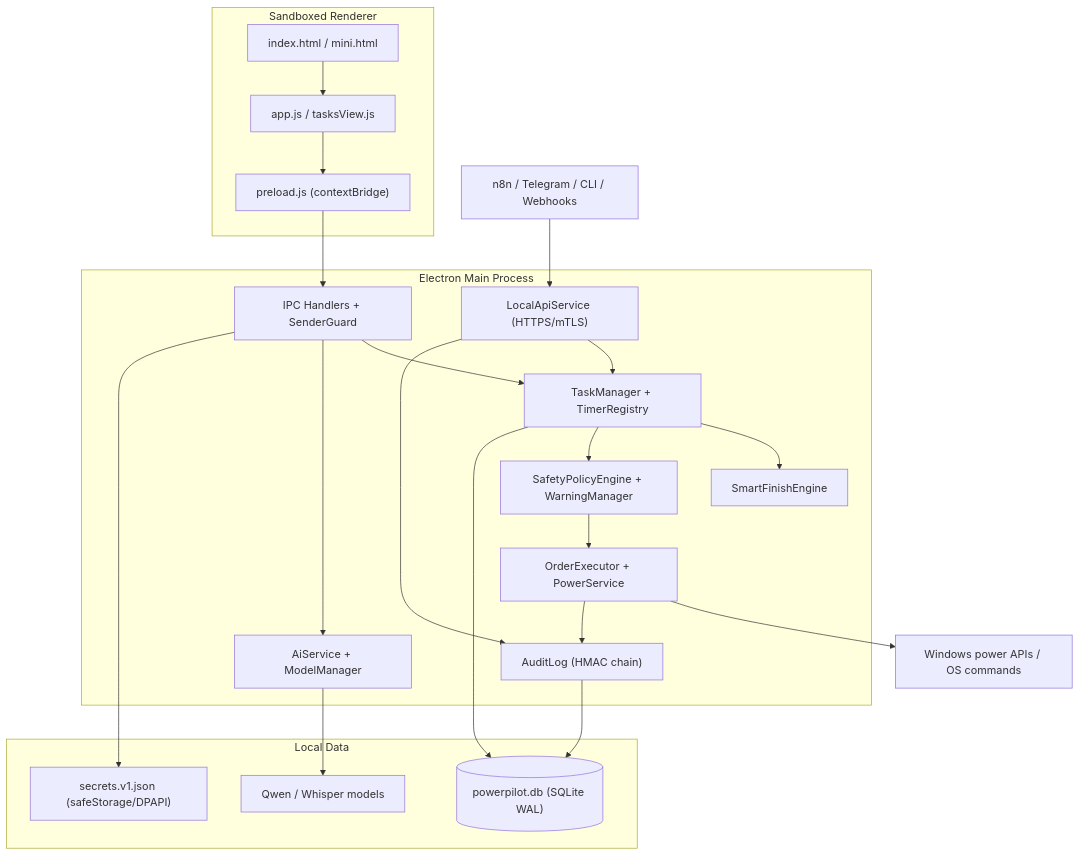
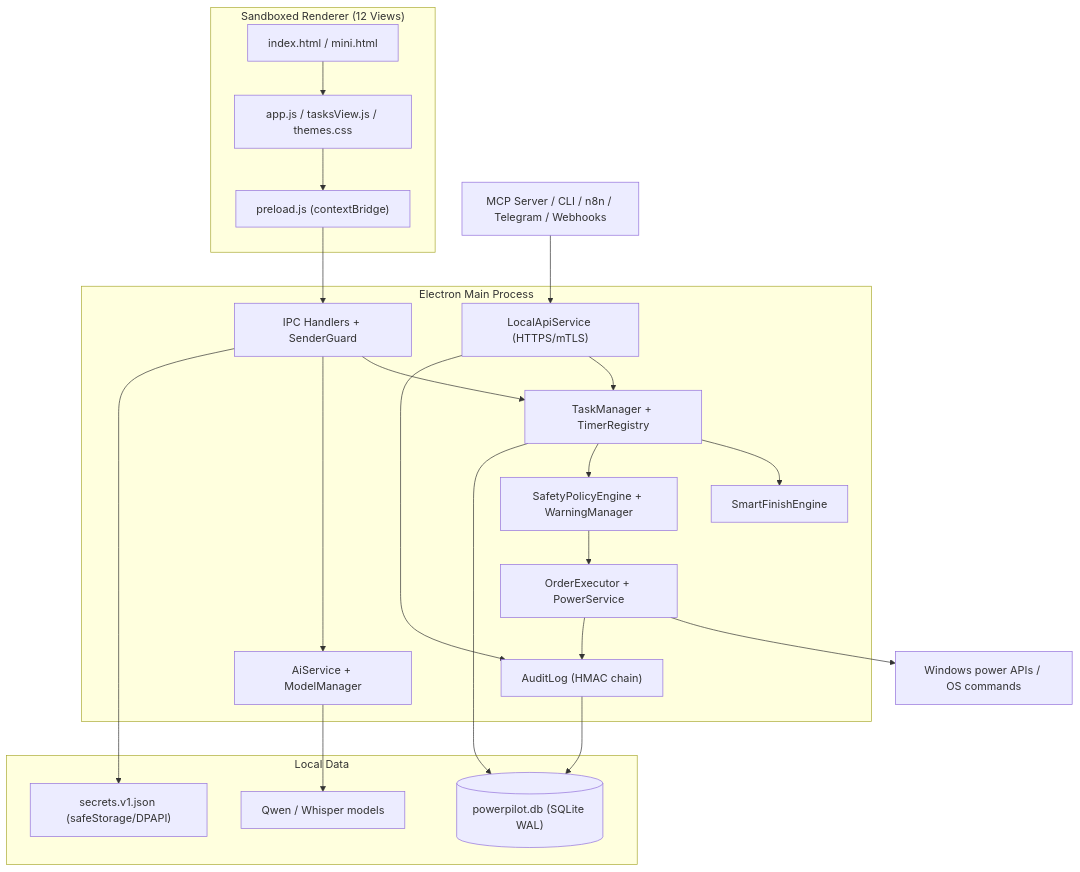
The diagram in README.md (emirtdede/Power-Pilot), drawn with Mermaid before and after one commit. The commit also changed other lines of this file and 200 other files, not shown here.

Commit message:
feat(release): Power Pilot v1.0.0 - enterprise UI/UX, MCP/CLI/Docs, multi-subpage settings, custom NSIS installer

````diff
--- a/README.md
+++ b/README.md
@@ -206,44 +219,44 @@
 ```mermaid
 flowchart TD
-    subgraph UI["Sandboxed Renderer"]
+    subgraph UI["Sandboxed Renderer (12 Views)"]
         HTML["index.html / mini.html"]
-        APP["app.js / tasksView.js"]
+        APP["app.js / tasksView.js / themes.css"]
         PRE["preload.js (contextBridge)"]
     end
 
     subgraph MAIN["Electron Main Process"]
         IPC["IPC Handlers + SenderGuard"]
         TASK["TaskManager + TimerRegistry"]
         SF["SmartFinishEngine"]
         SAFE["SafetyPolicyEngine + WarningManager"]
         EXEC["OrderExecutor + PowerService"]
         API["LocalApiService (HTTPS/mTLS)"]
         AI["AiService + ModelManager"]
         AUDIT["AuditLog (HMAC chain)"]
     end
 
     subgraph LOCAL["Local Data"]
         DB[("powerpilot.db (SQLite WAL)")]
         SEC["secrets.v1.json (safeStorage/DPAPI)"]
         MODELS["Qwen / Whisper models"]
     end
 
     OS["Windows power APIs / OS commands"]
-    EXT["n8n / Telegram / CLI / Webhooks"]
+    EXT["MCP Server / CLI / n8n / Telegram / Webhooks"]
 
     HTML --> APP --> PRE --> IPC
     IPC --> TASK
     TASK --> SF
     TASK --> SAFE
     SAFE --> EXEC
     EXEC --> OS
     API --> TASK
     API --> AUDIT
     EXEC --> AUDIT
     IPC --> AI
     AI --> MODELS
     IPC --> SEC
     TASK --> DB
     AUDIT --> DB
     EXT --> API
 ```
````
